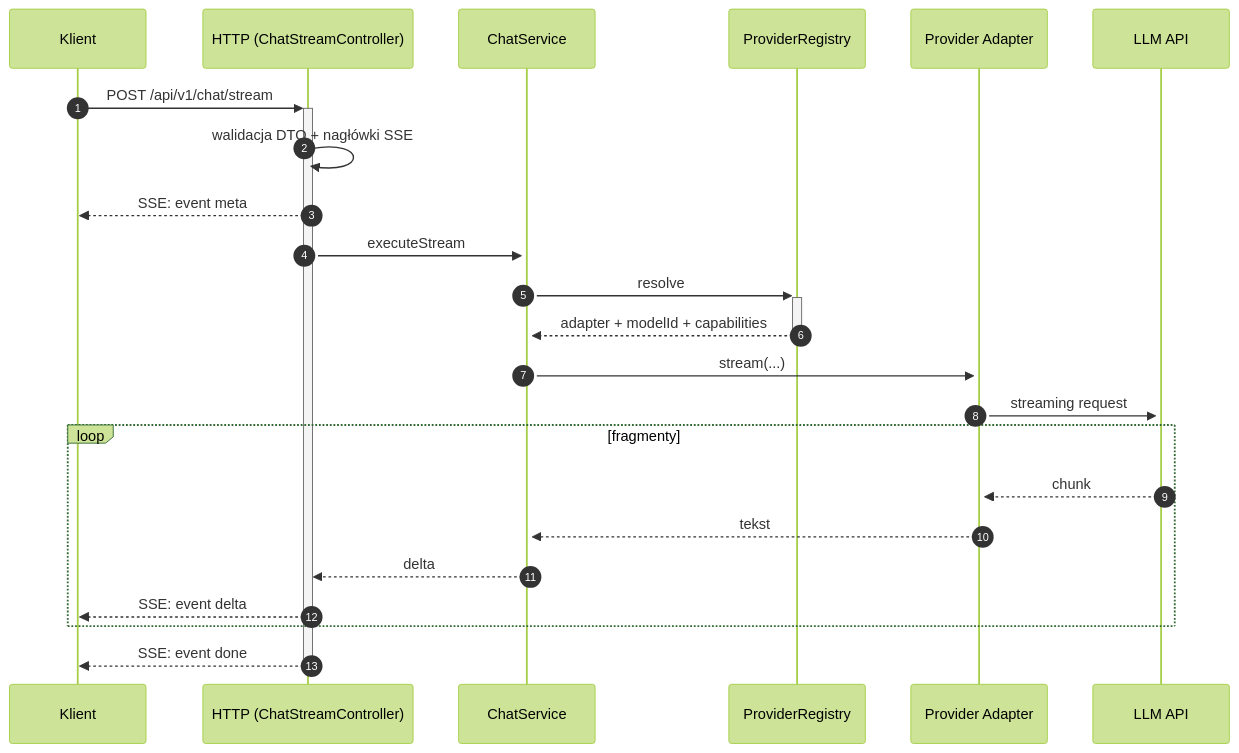
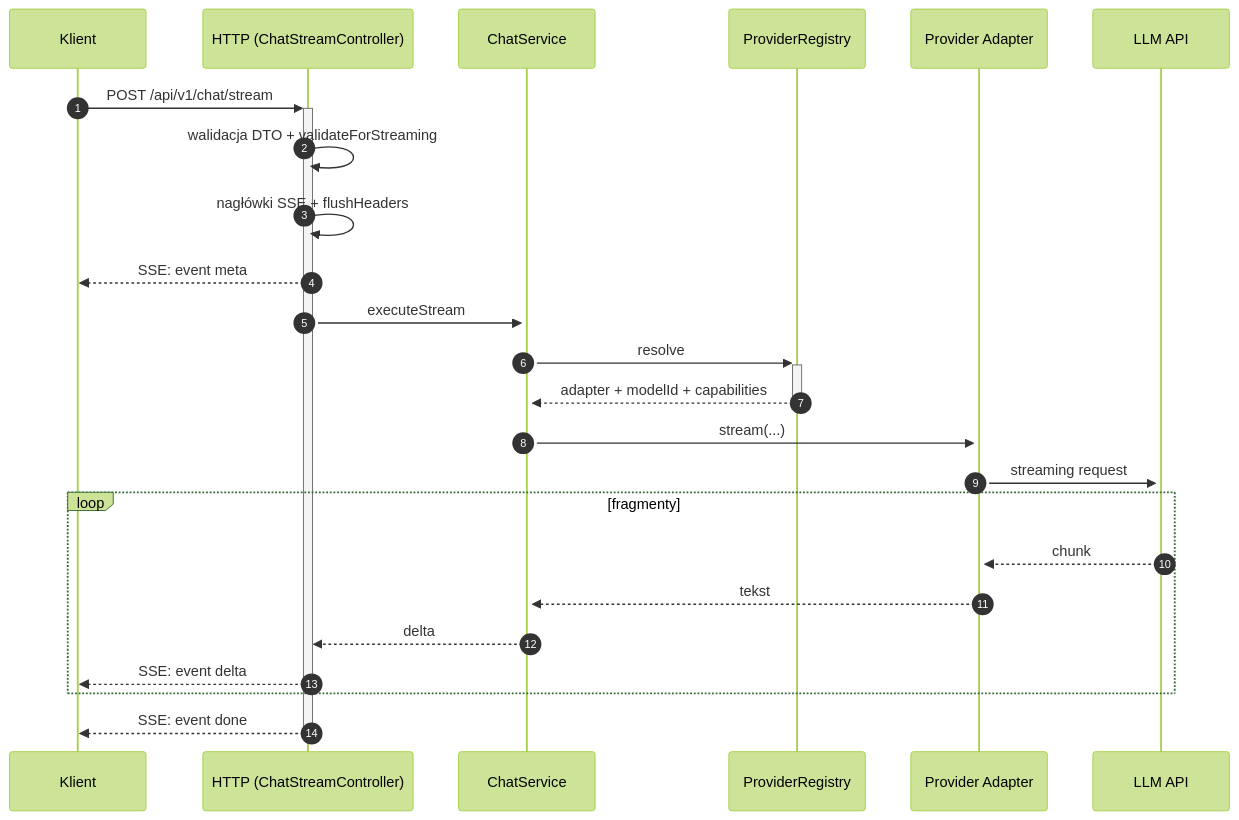
One commit to matej2314/ai-provider-gateway changed the fourth of 4 diagrams in docs/data_flow.md. Above: the diagram before and after it, drawn with Mermaid (forest theme). The commit also changed other lines of this file and 16 other files, not shown here.

````diff
--- a/docs/data_flow.md
+++ b/docs/data_flow.md
@@ -113,26 +114,27 @@
 ```mermaid
 sequenceDiagram
   autonumber
   participant K as Klient
   participant H as HTTP (ChatStreamController)
   participant S as ChatService
   participant R as ProviderRegistry
   participant P as Provider Adapter
   participant A as LLM API
 
   K->>+H: POST /api/v1/chat/stream
-  H->>H: walidacja DTO + nagłówki SSE
+  H->>H: walidacja DTO + validateForStreaming
+  H->>H: nagłówki SSE + flushHeaders
   H-->>K: SSE: event meta
   H->>+S: executeStream
   S->>+R: resolve
   R-->>-S: adapter + modelId + capabilities
   S->>+P: stream(...)
   P->>+A: streaming request
   loop fragmenty
     A-->>P: chunk
     P-->>S: tekst
     S-->>H: delta
     H-->>K: SSE: event delta
   end
   H-->>-K: SSE: event done
 ```
````
